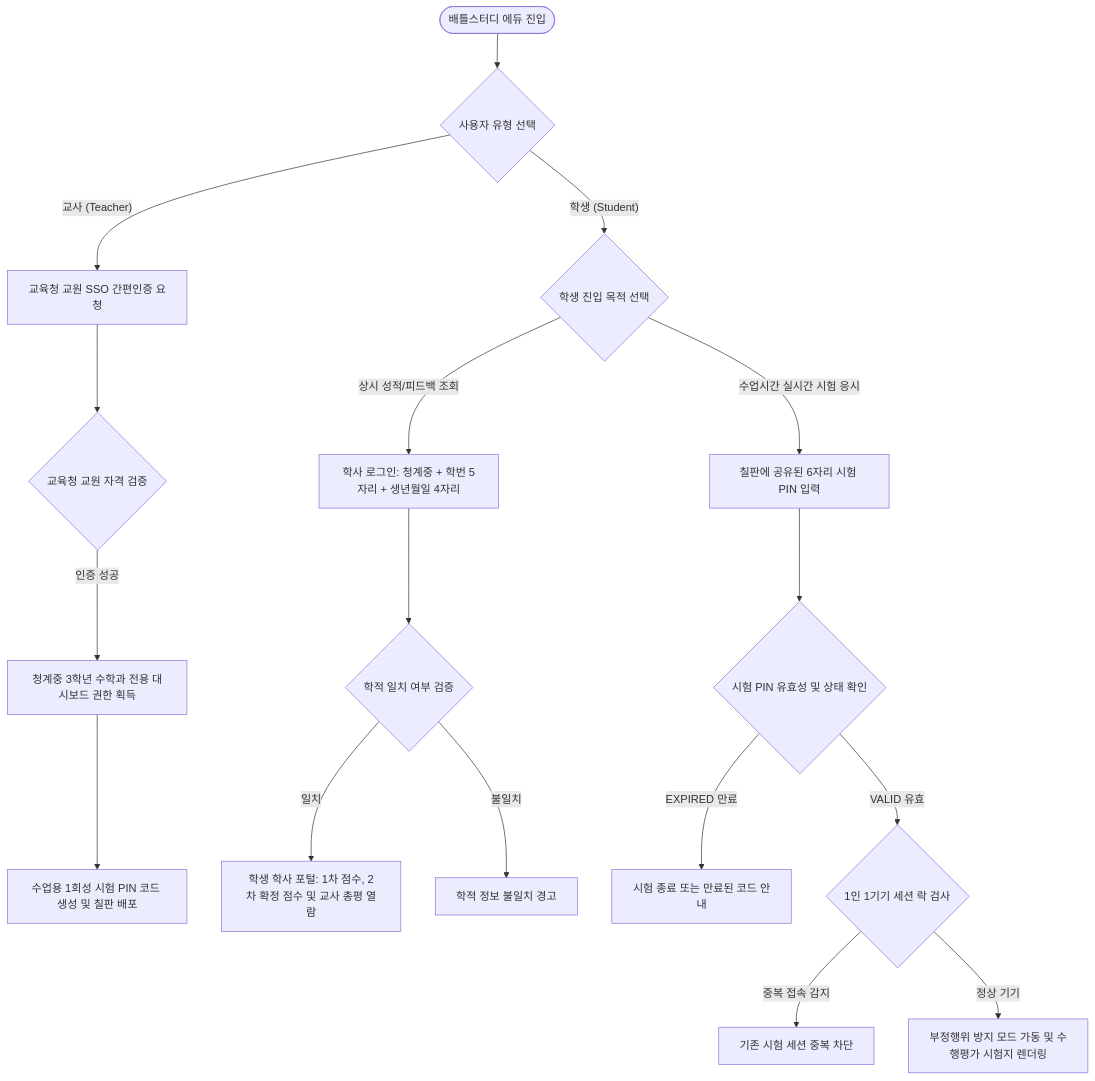
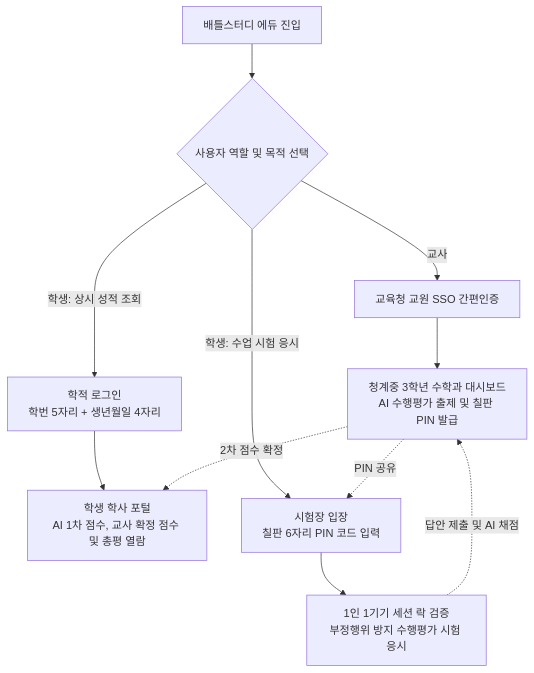
Before and after one commit to yunha2604-hub/battle-study: the second of 2 diagrams in docs/인증_모듈_순서도.md, drawn with Mermaid. The commit also changed other lines of this file, not shown here.

Commit message:
docs: 인증 모듈 2.1 아레나 및 3.1 에듀 순서도 핵심 경로 집중형으로 간소화

````diff
--- a/docs/인증_모듈_순서도.md
+++ b/docs/인증_모듈_순서도.md
@@ -76,27 +61,21 @@
 ```mermaid
 flowchart TD
-    EDU_START([배틀스터디 에듀 진입]) --> ROLE_SELECT{사용자 유형 선택}
+    START[배틀스터디 에듀 진입] --> SELECT{사용자 역할 및 목적 선택}
     
-    %% 교사 인증 트랙
-    ROLE_SELECT -- 교사 (Teacher) --> TEACHER_SSO[교육청 교원 SSO 간편인증 요청]
-    TEACHER_SSO --> SSO_VERIFY{교육청 교원 자격 검증}
-    SSO_VERIFY -- 인증 성공 --> TEACHER_DASH[청계중 3학년 수학과 전용 대시보드 권한 획득]
-    TEACHER_DASH --> PIN_GEN[수업용 1회성 시험 PIN 코드 생성 및 칠판 배포]
+    %% 1. 교원
+    SELECT -->|교사| T1[교육청 교원 SSO 간편인증]
+    T1 --> T2[청계중 3학년 수학과 대시보드<br/>AI 수행평가 출제 및 칠판 PIN 발급]
     
-    %% 학생 인증 트랙
-    ROLE_SELECT -- 학생 (Student) --> PURPOSE_SELECT{학생 진입 목적 선택}
+    %% 2. 학생 학사 포털
+    SELECT -->|학생: 상시 성적 조회| S1[학적 로그인<br/>학번 5자리 + 생년월일 4자리]
+    S1 --> S2[학생 학사 포털<br/>AI 1차 점수, 교사 확정 점수 및 총평 열람]
     
-    %% 학생 목적 1: 상시 학사 포털 열람
-    PURPOSE_SELECT -- 상시 성적/피드백 조회 --> STUDENT_LOGIN[학사 로그인: 청계중 + 학번 5자리 + 생년월일 4자리]
-    STUDENT_LOGIN --> PORTAL_CHECK{학적 일치 여부 검증}
-    PORTAL_CHECK -- 일치 --> STUDENT_PORTAL[학생 학사 포털: 1차 점수, 2차 확정 점수 및 교사 총평 열람]
-    PORTAL_CHECK -- 불일치 --> LOGIN_FAIL[학적 정보 불일치 경고]
-    
-    %% 학생 목적 2: 실시간 수업 시험 응시
-    PURPOSE_SELECT -- 수업시간 실시간 시험 응시 --> PIN_INPUT[칠판에 공유된 6자리 시험 PIN 입력]
-    PIN_INPUT --> PIN_CHECK{시험 PIN 유효성 및 상태 확인}
-    PIN_CHECK -- EXPIRED 만료 --> PIN_ERROR[시험 종료 또는 만료된 코드 안내]
-    PIN_CHECK -- VALID 유효 --> SESSION_LOCK{1인 1기기 세션 락 검사}
-    SESSION_LOCK -- 중복 접속 감지 --> LOCK_DENIED[기존 시험 세션 중복 차단]
-    SESSION_LOCK -- 정상 기기 --> EXAM_START[부정행위 방지 모드 가동 및 수행평가 시험지 렌더링]
+    %% 3. 학생 시험 응시
+    SELECT -->|학생: 수업 시험 응시| E1[시험장 입장<br/>칠판 6자리 PIN 코드 입력]
+    E1 --> E2[1인 1기기 세션 락 검증<br/>부정행위 방지 수행평가 시험 응시]
+
+    %% 데이터 연동 관계
+    T2 -.->|PIN 공유| E1
+    E2 -.->|답안 제출 및 AI 채점| T2
+    T2 -.->|2차 점수 확정| S2
 ```
````
